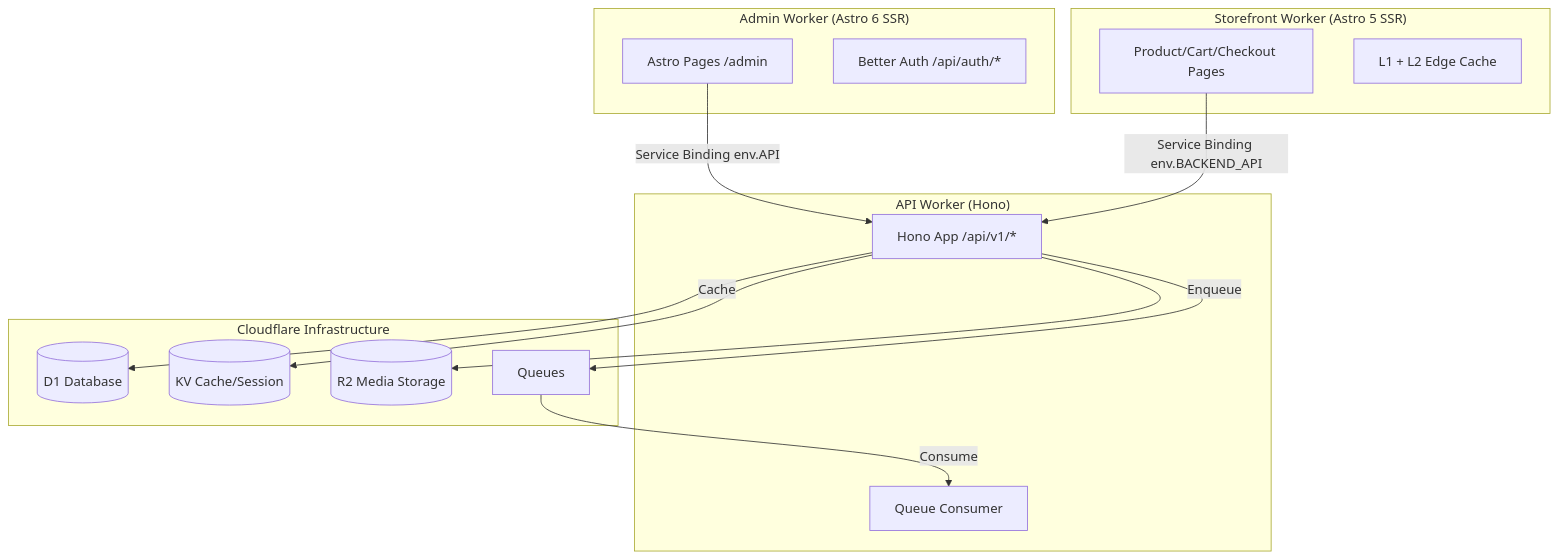
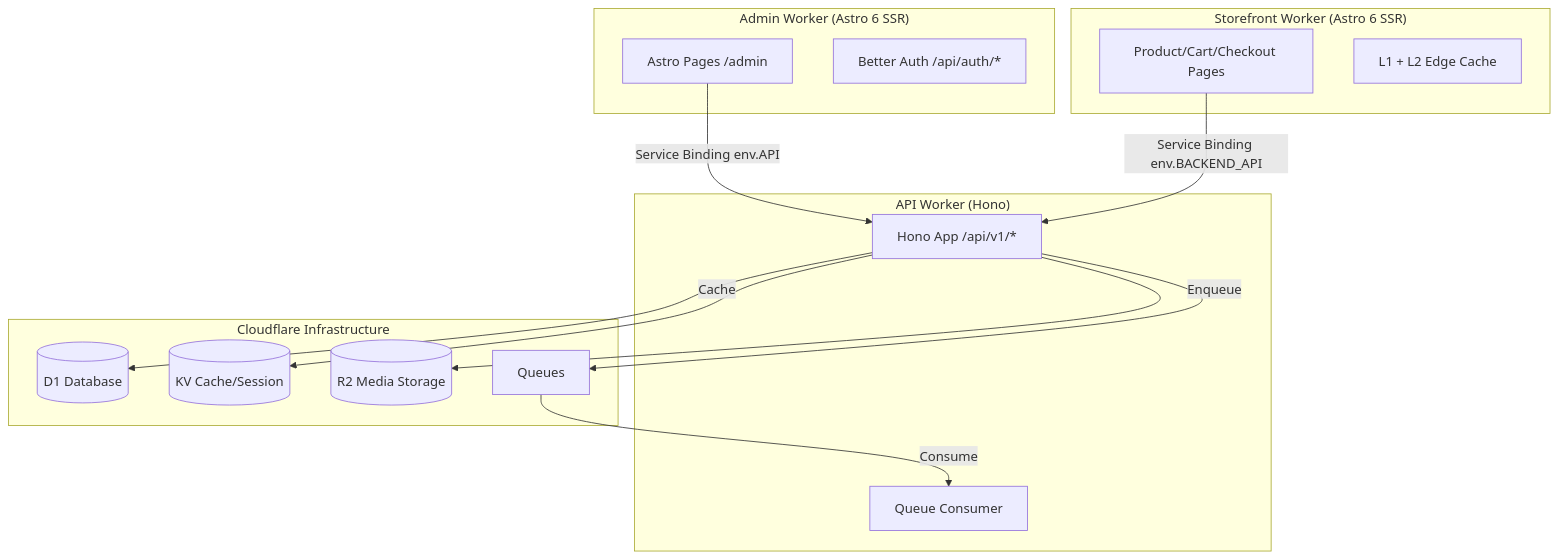
Before and after one commit to scaliuslabs/scalius-commerce-lite: the diagram in README.MD, drawn with Mermaid. The commit also changed other lines of this file and 4 other files, not shown here.

````diff
--- a/README.MD
+++ b/README.MD
@@ -119,32 +113,32 @@
 ```mermaid
 flowchart TB
     subgraph Admin ["Admin Worker (Astro 6 SSR)"]
         AdminPages[Astro Pages /admin]
         AuthPages[Better Auth /api/auth/*]
     end
 
-    subgraph Storefront ["Storefront Worker (Astro 5 SSR)"]
+    subgraph Storefront ["Storefront Worker (Astro 6 SSR)"]
         StorefrontPages[Product/Cart/Checkout Pages]
         EdgeCache[L1 + L2 Edge Cache]
     end
 
     subgraph API ["API Worker (Hono)"]
         HonoApp[Hono App /api/v1/*]
         QueueConsumer[Queue Consumer]
     end
 
     subgraph Infra [Cloudflare Infrastructure]
         D1[(D1 Database)]
         KV[(KV Cache/Session)]
         R2[(R2 Media Storage)]
         Queues[Queues]
     end
 
     AdminPages -->|Service Binding env.API| HonoApp
     StorefrontPages -->|Service Binding env.BACKEND_API| HonoApp
     HonoApp --> D1
     HonoApp -->|Cache| KV
     HonoApp --> R2
     HonoApp -->|Enqueue| Queues
     Queues -->|Consume| QueueConsumer
 ```
````
